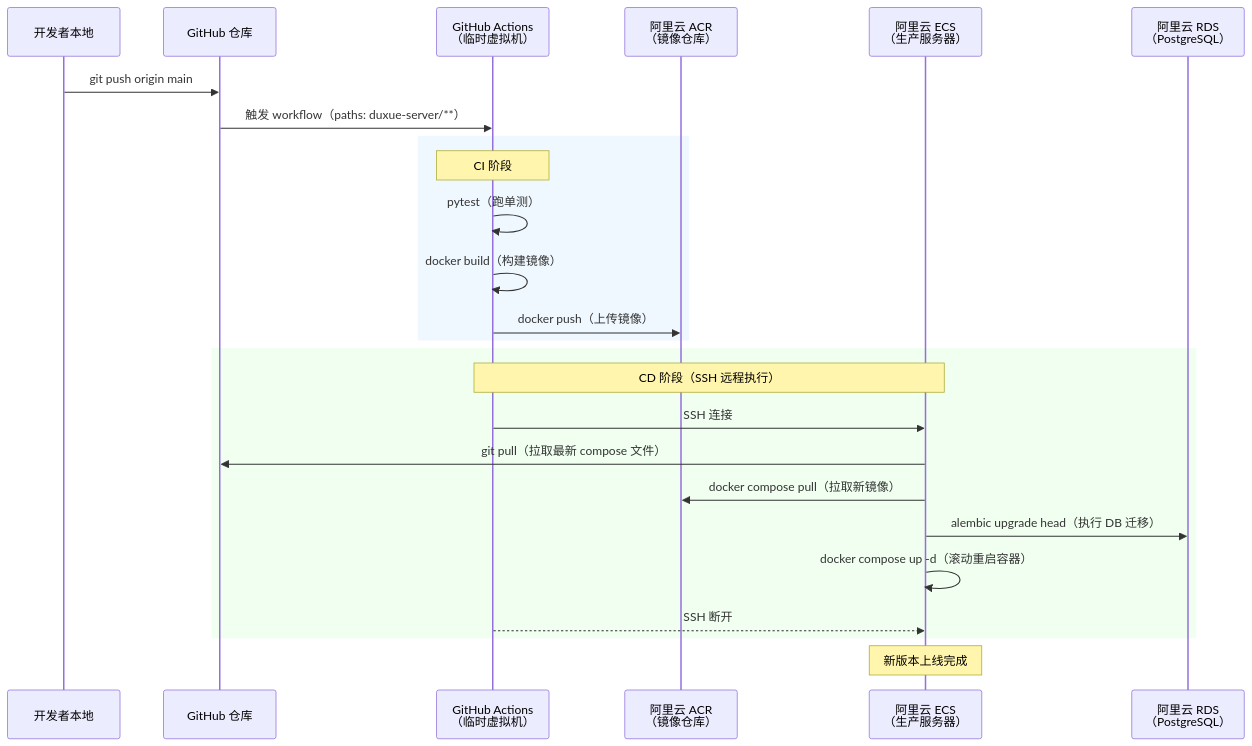
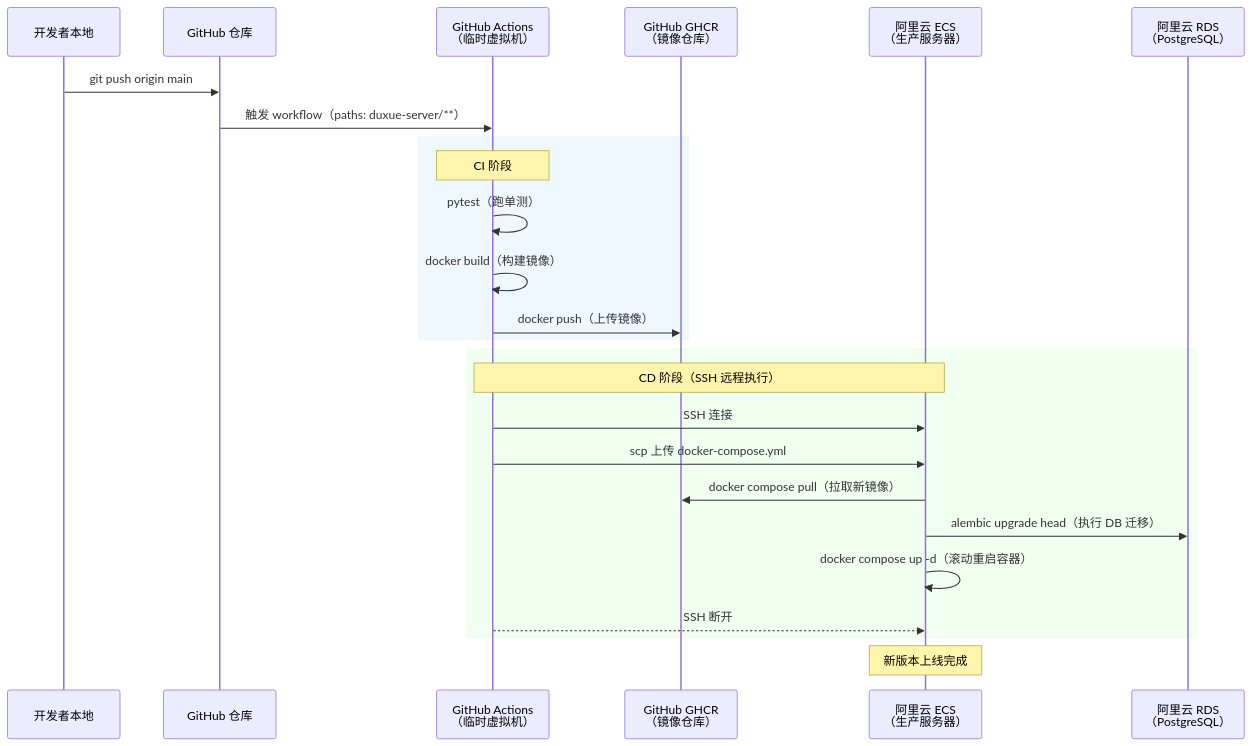
Before and after one commit to johanchow/duxue: diagram 12 of 12 in duxue-server/docs/ARCHITECTURE.md, drawn with Mermaid. The commit also changed other lines of this file and 8 other files, not shown here.

````diff
--- a/duxue-server/docs/ARCHITECTURE.md
+++ b/duxue-server/docs/ARCHITECTURE.md
@@ -934,31 +934,31 @@
 ```mermaid
 sequenceDiagram
     participant DEV as 开发者本地
     participant GH as GitHub 仓库
     participant CI as GitHub Actions<br/>（临时虚拟机）
-    participant ACR as 阿里云 ACR<br/>（镜像仓库）
+    participant GHCR as GitHub GHCR<br/>（镜像仓库）
     participant ECS as 阿里云 ECS<br/>（生产服务器）
     participant RDS as 阿里云 RDS<br/>（PostgreSQL）
 
     DEV->>GH: git push origin main
     GH->>CI: 触发 workflow（paths: duxue-server/**）
 
     rect rgb(240, 248, 255)
         Note over CI: CI 阶段
         CI->>CI: pytest（跑单测）
         CI->>CI: docker build（构建镜像）
-        CI->>ACR: docker push（上传镜像）
+        CI->>GHCR: docker push（上传镜像）
     end
 
     rect rgb(240, 255, 240)
         Note over CI,ECS: CD 阶段（SSH 远程执行）
         CI->>ECS: SSH 连接
-        ECS->>GH: git pull（拉取最新 compose 文件）
-        ECS->>ACR: docker compose pull（拉取新镜像）
+        CI->>ECS: scp 上传 docker-compose.yml
+        ECS->>GHCR: docker compose pull（拉取新镜像）
         ECS->>RDS: alembic upgrade head（执行 DB 迁移）
         ECS->>ECS: docker compose up -d（滚动重启容器）
         CI-->>ECS: SSH 断开
     end
 
     Note over ECS: 新版本上线完成
 ```
````
